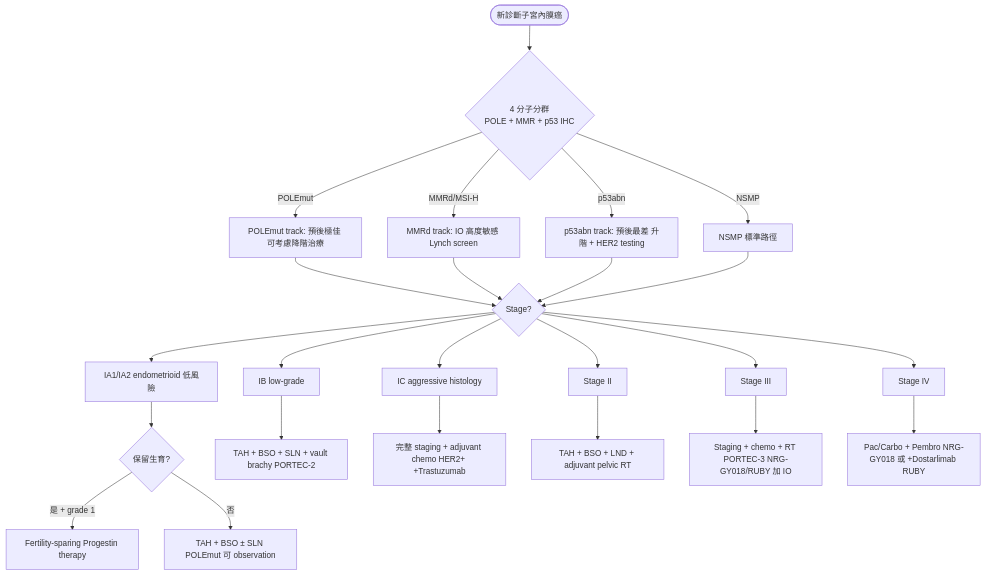
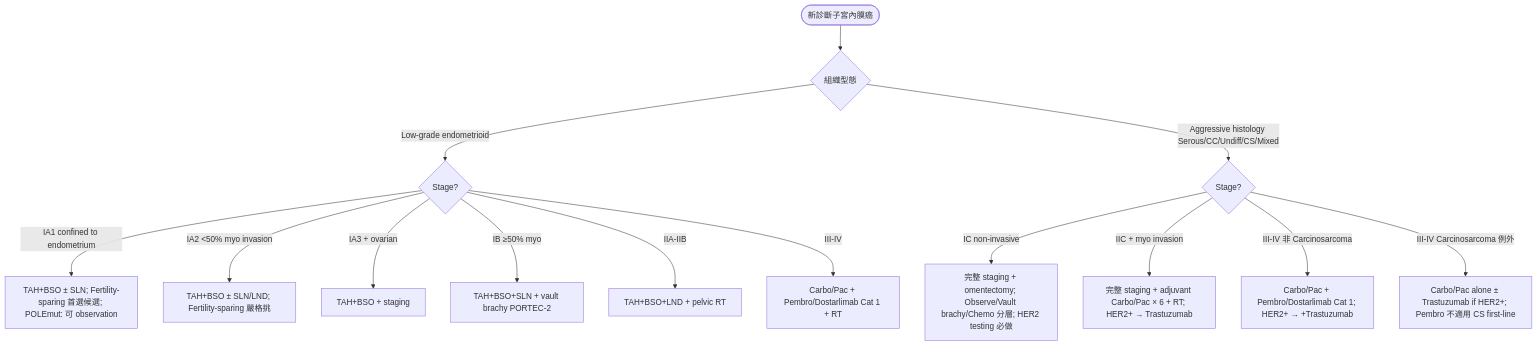
Before and after one commit to bluesunshine515-crypto/gynonc-board: the first of 3 diagrams in data/endometrial/treatment.md, drawn with Mermaid. The commit also changed other lines of this file and 6 other files, not shown here.

````diff
--- a/data/endometrial/treatment.md
+++ b/data/endometrial/treatment.md
@@ -27,31 +20,19 @@
 ```mermaid
 flowchart TD
-  Start([新診斷子宮內膜癌]) --> MolTest{4 分子分群<br>POLE + MMR + p53 IHC}
+  Start([新診斷子宮內膜癌]) --> Hist{組織型態}
 
-  MolTest -->|POLEmut| POLE[POLEmut track: 預後極佳 可考慮降階治療]
-  MolTest -->|MMRd/MSI-H| MMRd[MMRd track: IO 高度敏感 Lynch screen]
-  MolTest -->|p53abn| p53[p53abn track: 預後最差 升階 + HER2 testing]
-  MolTest -->|NSMP| NSMP[NSMP 標準路徑]
+  Hist -->|Low-grade endometrioid| LG_Stage{Stage?}
+  Hist -->|Aggressive histology Serous/CC/Undiff/CS/Mixed| Agg_Stage{Stage?}
 
-  POLE --> Stage1{Stage?}
-  MMRd --> Stage1
-  p53 --> Stage1
-  NSMP --> Stage1
+  LG_Stage -->|IA1 confined to endometrium| IA1[TAH+BSO ± SLN; Fertility-sparing 首選候選; POLEmut: 可 observation]
+  LG_Stage -->|IA2 <50% myo invasion| IA2[TAH+BSO ± SLN/LND; Fertility-sparing 嚴格挑]
+  LG_Stage -->|IA3 + ovarian| IA3[TAH+BSO + staging]
+  LG_Stage -->|IB ≥50% myo| IB[TAH+BSO+SLN + vault brachy PORTEC-2]
+  LG_Stage -->|IIA-IIB| II_LG[TAH+BSO+LND + pelvic RT]
+  LG_Stage -->|III-IV| Sys_LG[Carbo/Pac + Pembro/Dostarlimab Cat 1 + RT]
 
-  Stage1 --> S_IA[IA1/IA2 endometrioid 低風險]
-  Stage1 --> S_IB[IB low-grade]
-  Stage1 --> S_IC[IC aggressive histology]
-  Stage1 --> S_II[Stage II]
-  Stage1 --> S_III[Stage III]
-  Stage1 --> S_IV[Stage IV]
-
-  S_IA --> Fertility{保留生育?}
-  Fertility -->|是 + grade 1| FS[Fertility-sparing Progestin therapy]
-  Fertility -->|否| SurgIA[TAH + BSO ± SLN POLEmut 可 observation]
-
-  S_IB --> SurgIB[TAH + BSO + SLN + vault brachy PORTEC-2]
-  S_IC --> SurgIC[完整 staging + adjuvant chemo HER2+ +Trastuzumab]
-  S_II --> SurgII[TAH + BSO + LND + adjuvant pelvic RT]
-  S_III --> SurgIII[Staging + chemo + RT PORTEC-3 NRG-GY018/RUBY 加 IO]
-  S_IV --> Sys[Pac/Carbo + Pembro NRG-GY018 或 +Dostarlimab RUBY]
+  Agg_Stage -->|IC non-invasive| IC[完整 staging + omentectomy; Observe/Vault brachy/Chemo 分層; HER2 testing 必做]
+  Agg_Stage -->|IIC + myo invasion| IIC[完整 staging + adjuvant Carbo/Pac × 6 + RT; HER2+ → Trastuzumab]
+  Agg_Stage -->|III-IV 非 Carcinosarcoma| Sys_Agg[Carbo/Pac + Pembro/Dostarlimab Cat 1; HER2+ → +Trastuzumab]
+  Agg_Stage -->|III-IV Carcinosarcoma 例外| Sys_CS[Carbo/Pac alone ± Trastuzumab if HER2+; Pembro 不適用 CS first-line]
 ```
````
